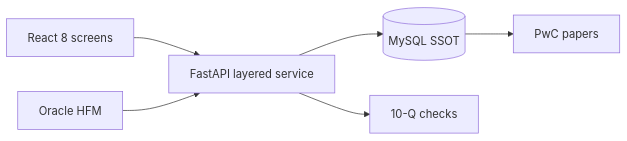
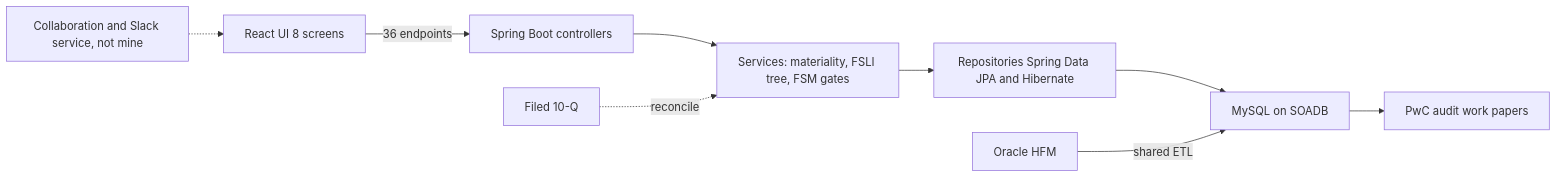
One commit to TM-DEV-PRO/final-resume changed the sixth of 13 diagrams in final_java_ai/prep/33_architecture_diagrams.md. Above: the diagram before and after it, drawn with Mermaid. The commit also changed other lines of this file and 617 other files, not shown here.

````diff
--- a/final_java_ai/prep/33_architecture_diagrams.md
+++ b/final_java_ai/prep/33_architecture_diagrams.md
@@ -120,8 +341,11 @@
 ```mermaid
 flowchart LR
-  UI[React 8 screens] --> API[FastAPI layered service]
-  API --> DB[(MySQL SSOT)]
-  HFM[Oracle HFM] --> API
-  API --> TQ[10-Q checks]
-  DB --> PwC[PwC papers]
+  UI["React UI 8 screens"] -->|"36 endpoints"| H["Spring Boot controllers"]
+  H --> S["Services: materiality, FSLI tree, FSM gates"]
+  S --> R["Repositories Spring Data JPA and Hibernate"]
+  R --> DB["MySQL on SOADB"]
+  HFM["Oracle HFM"] -->|"shared ETL"| DB
+  TENQ["Filed 10-Q"] -.->|"reconcile"| S
+  DB --> PWC["PwC audit work papers"]
+  COL["Collaboration and Slack service, not mine"] -.-> UI
 ```
````
